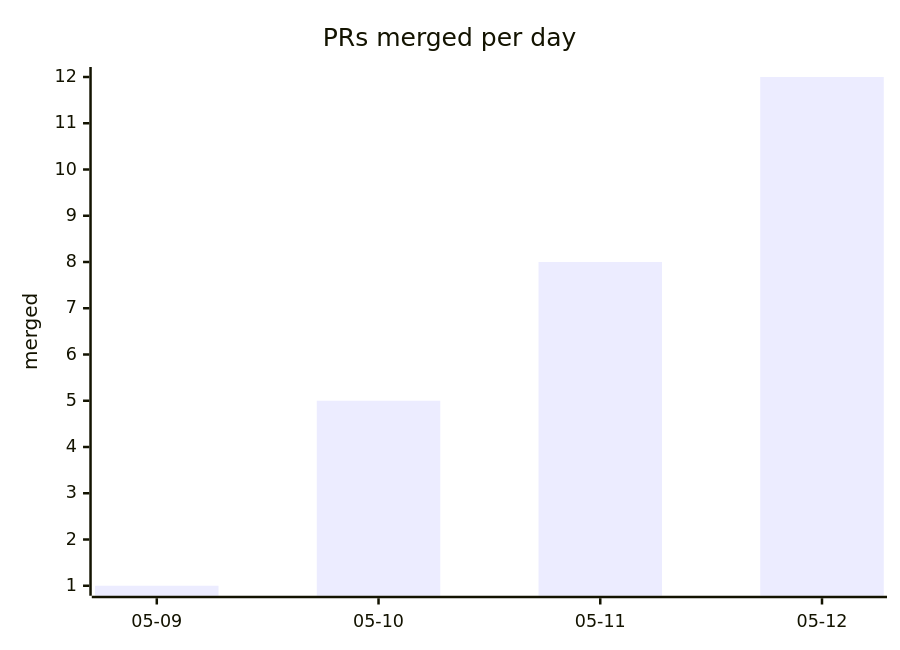
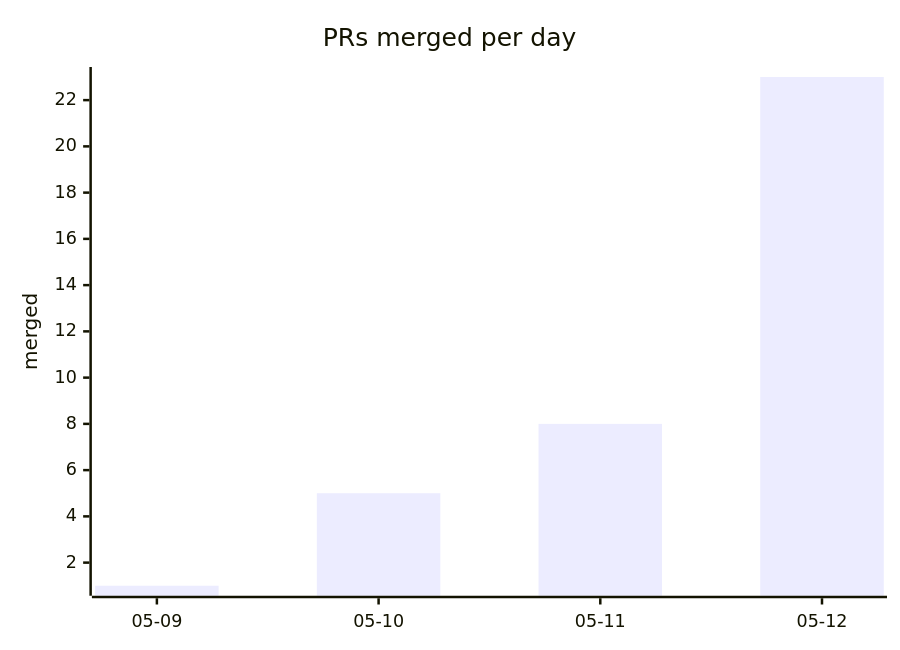
One commit to kimjune01/kimjune01 changed the second of 2 diagrams in README.md. Above: the diagram before and after it, drawn with Mermaid. The commit also changed other lines of this file and 1 other file, not shown here.

````diff
--- a/README.md
+++ b/README.md
@@ -13,7 +17,7 @@
 ```mermaid
 xychart-beta
     title "PRs merged per day"
     x-axis ["05-09", "05-10", "05-11", "05-12"]
     y-axis "merged"
-    bar [1, 5, 8, 12]
+    bar [1, 5, 8, 23]
 ```
````
